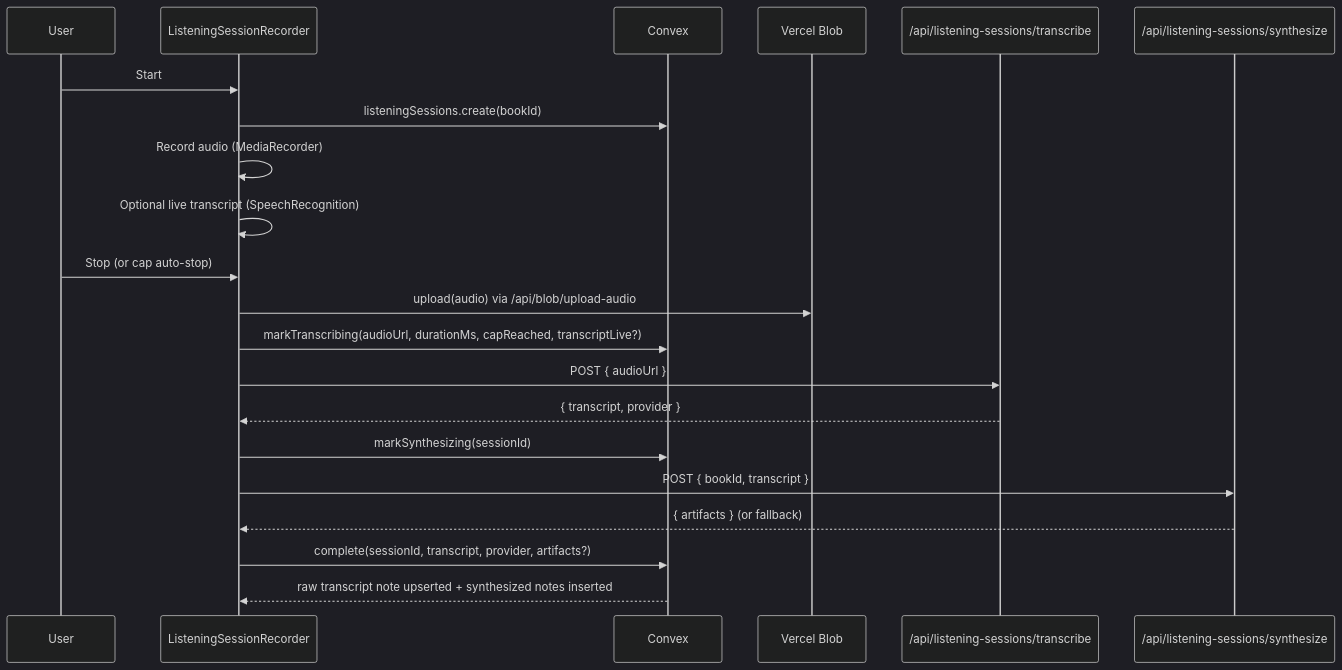
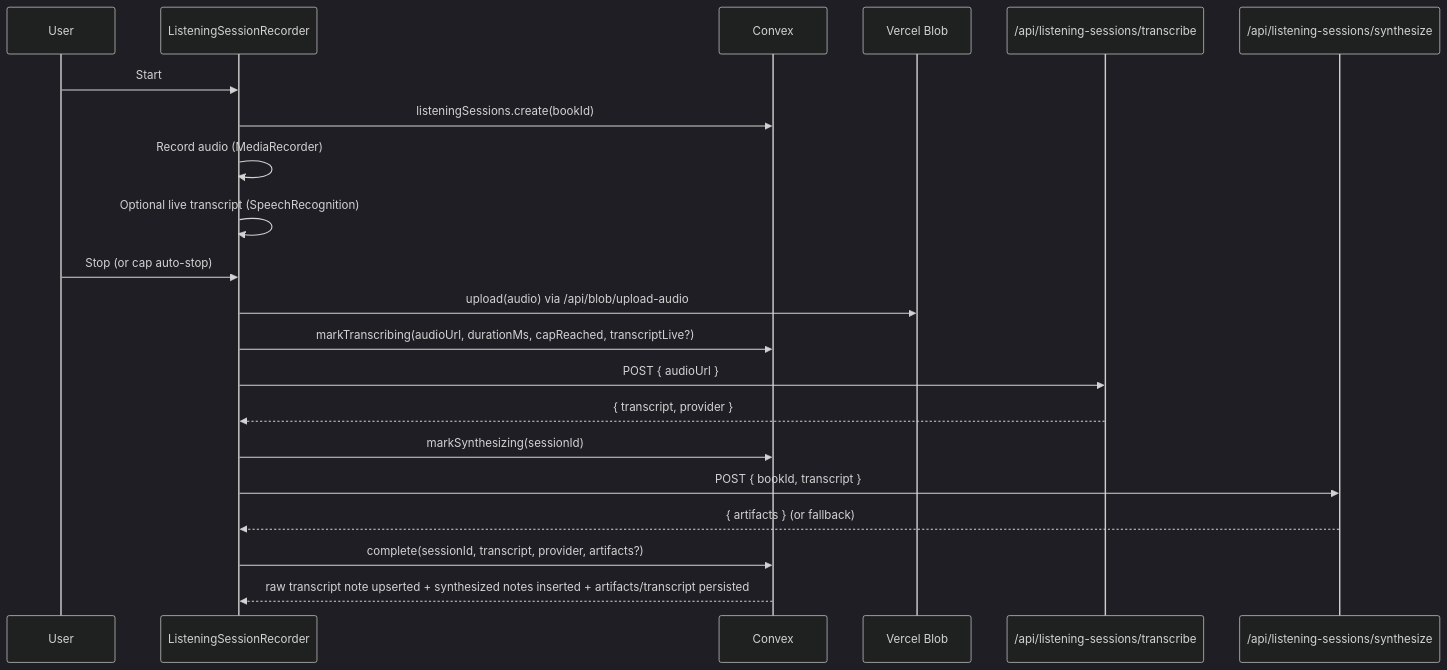
The second of 2 diagrams in docs/flows/listening-sessions.md (misty-step/bibliomnomnom), drawn with Mermaid (dark theme) before and after one commit. The commit also changed other lines of this file and 5 other files, not shown here.

````diff
--- a/docs/flows/listening-sessions.md
+++ b/docs/flows/listening-sessions.md
@@ -73,27 +75,27 @@
 ```mermaid
 sequenceDiagram
     participant U as User
     participant UI as ListeningSessionRecorder
     participant CVX as Convex
     participant Blob as Vercel Blob
     participant STT as /api/listening-sessions/transcribe
     participant LLM as /api/listening-sessions/synthesize
 
     U->>UI: Start
     UI->>CVX: listeningSessions.create(bookId)
     UI->>UI: Record audio (MediaRecorder)
     UI->>UI: Optional live transcript (SpeechRecognition)
 
     U->>UI: Stop (or cap auto-stop)
     UI->>Blob: upload(audio) via /api/blob/upload-audio
     UI->>CVX: markTranscribing(audioUrl, durationMs, capReached, transcriptLive?)
     UI->>STT: POST { audioUrl }
     STT-->>UI: { transcript, provider }
 
     UI->>CVX: markSynthesizing(sessionId)
     UI->>LLM: POST { bookId, transcript }
     LLM-->>UI: { artifacts } (or fallback)
 
     UI->>CVX: complete(sessionId, transcript, provider, artifacts?)
-    CVX-->>UI: raw transcript note upserted + synthesized notes inserted
+    CVX-->>UI: raw transcript note upserted + synthesized notes inserted + artifacts/transcript persisted
 ```
````
